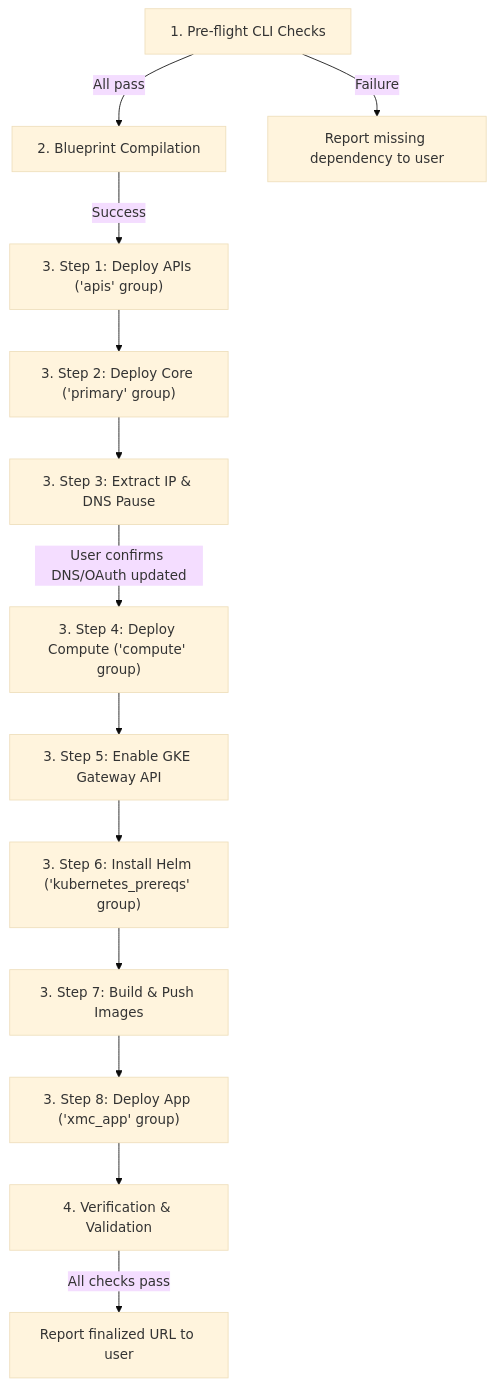
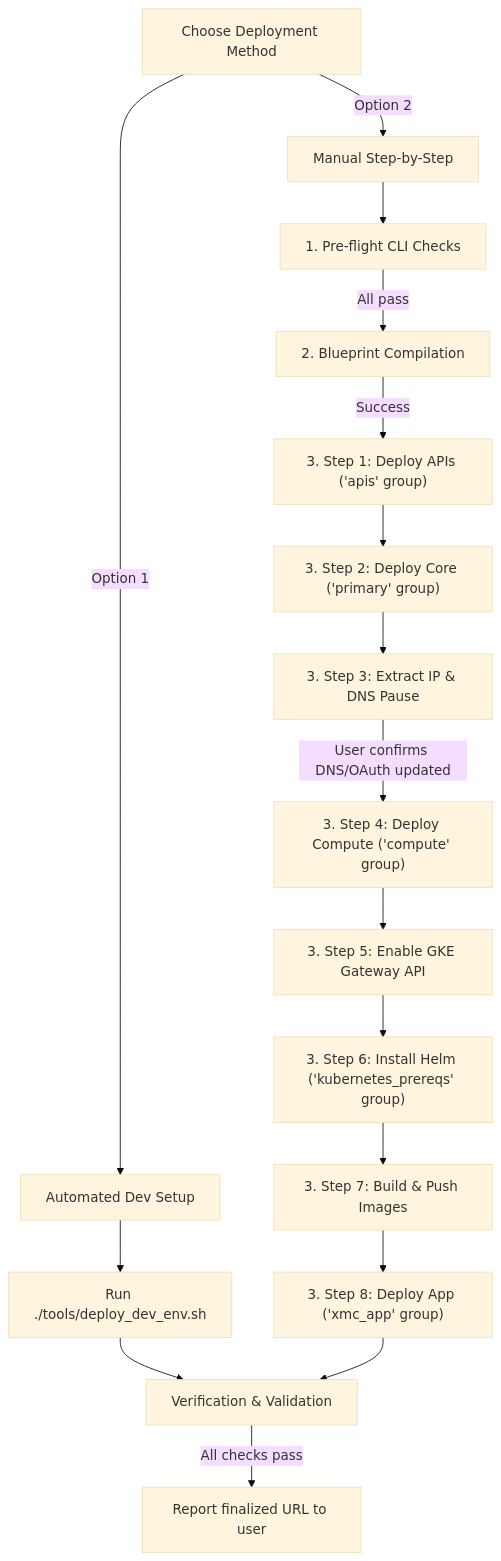
One commit to google/xmc changed the diagram in .agents/skills/deploy_xmc/SKILL.md. Above: the diagram before and after it, drawn with Mermaid (base theme). The commit also changed other lines of this file and 1 other file, not shown here.

Commit message:
feat: add dev env deployment script

````diff
--- a/.agents/skills/deploy_xmc/SKILL.md
+++ b/.agents/skills/deploy_xmc/SKILL.md
@@ -10,15 +18,22 @@
 ```mermaid
 graph TD
-    A["1. Pre-flight CLI Checks"] -->|All pass| B["2. Blueprint Compilation"]
-    A -->|Failure| Error1["Report missing dependency to user"]
+    Start[Choose Deployment Method] -->|Option 1| Auto[Automated Dev Setup]
+    Start -->|Option 2| Manual[Manual Step-by-Step]
+    
+    Auto --> AutoRun["Run ./tools/deploy_dev_env.sh"]
+    AutoRun --> Verify[Verification & Validation]
+    
+    Manual --> A["1. Pre-flight CLI Checks"]
+    A -->|All pass| B["2. Blueprint Compilation"]
     B -->|Success| C["3. Step 1: Deploy APIs ('apis' group)"]
     C --> D["3. Step 2: Deploy Core ('primary' group)"]
     D --> E["3. Step 3: Extract IP & DNS Pause"]
     E -->|User confirms DNS/OAuth updated| F["3. Step 4: Deploy Compute ('compute' group)"]
     F --> G["3. Step 5: Enable GKE Gateway API"]
     G --> H["3. Step 6: Install Helm ('kubernetes_prereqs' group)"]
     H --> I["3. Step 7: Build & Push Images"]
     I --> J["3. Step 8: Deploy App ('xmc_app' group)"]
-    J --> K["4. Verification & Validation"]
-    K -->|All checks pass| L["Report finalized URL to user"]
+    J --> Verify
+    
+    Verify -->|All checks pass| L["Report finalized URL to user"]
 ```
````
